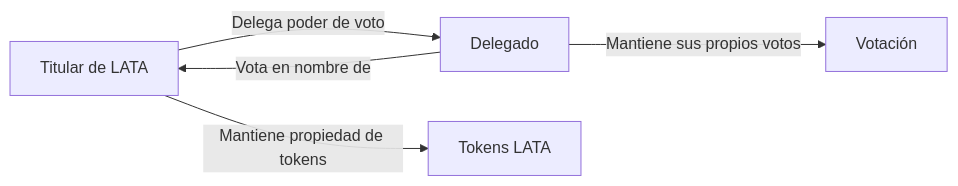
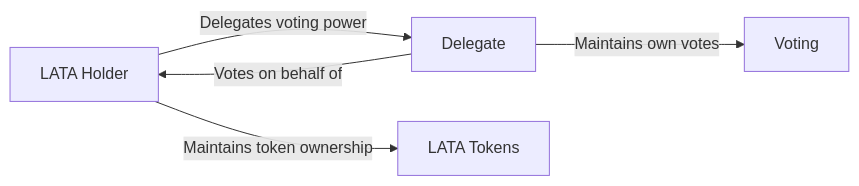
The fifth of 7 diagrams in YellowPaper.md (eth-ecuador/eth-ecuador-dao), drawn with Mermaid before and after one commit. The commit also changed other lines of this file, not shown here.

````diff
--- a/YellowPaper.md
+++ b/YellowPaper.md
@@ -223,7 +249,7 @@
 ```mermaid
 graph LR
-    A[Titular de LATA] -->|Delega poder de voto| B[Delegado]
-    B -->|Vota en nombre de| A
-    B -->|Mantiene sus propios votos| C[Votación]
-    A -->|Mantiene propiedad de tokens| D[Tokens LATA]
+    A[LATA Holder] -->|Delegates voting power| B[Delegate]
+    B -->|Votes on behalf of| A
+    B -->|Maintains own votes| C[Voting]
+    A -->|Maintains token ownership| D[LATA Tokens]
 ```
````
